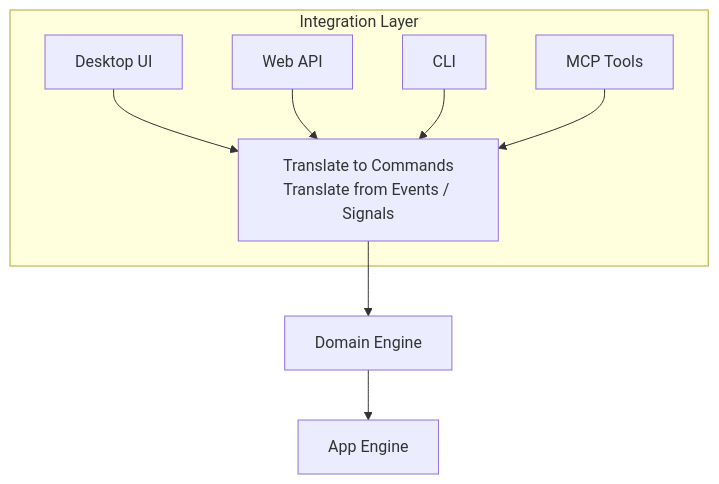
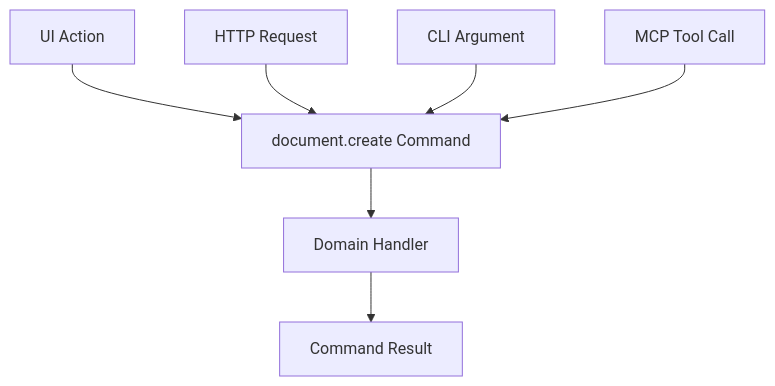
The fourth of 5 diagrams in md_docs/app_engine_docs/10-application-integration.md (Unique-Digital-Resources/AppShell), drawn with Mermaid before and after one commit. The commit also changed other lines of this file and 34 other files, not shown here.

````diff
--- a/md_docs/app_engine_docs/10-application-integration.md
+++ b/md_docs/app_engine_docs/10-application-integration.md
@@ -695,12 +192,19 @@
 ```mermaid
 flowchart TD
-    subgraph IL["Integration Layer"]
-        UI["Desktop UI"] --> T
-        WEB["Web API"] --> T
-        CLI["CLI"] --> T
-        MCP["MCP Tools"] --> T
-        T["Translate to Commands<br/>Translate from Events / Signals"]
-    end
-    T --> DE["Domain Engine"]
-    DE --> AE["App Engine"]
+    UI["UI Action"]
+    HTTP["HTTP Request"]
+    CLI["CLI Argument"]
+    MCP["MCP Tool Call"]
+
+    C["document.create Command"]
+    D["Domain Handler"]
+    R["Command Result"]
+
+    UI --> C
+    HTTP --> C
+    CLI --> C
+    MCP --> C
+
+    C --> D
+    D --> R
 ```
````
